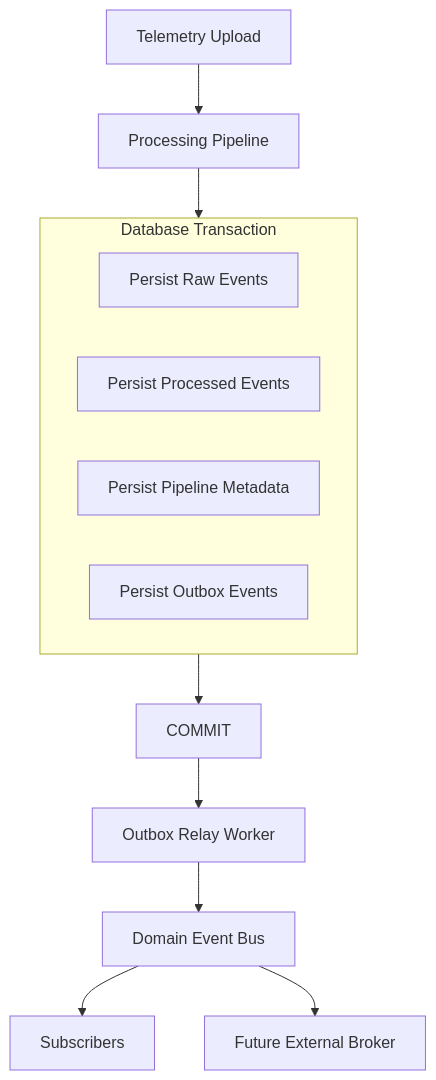
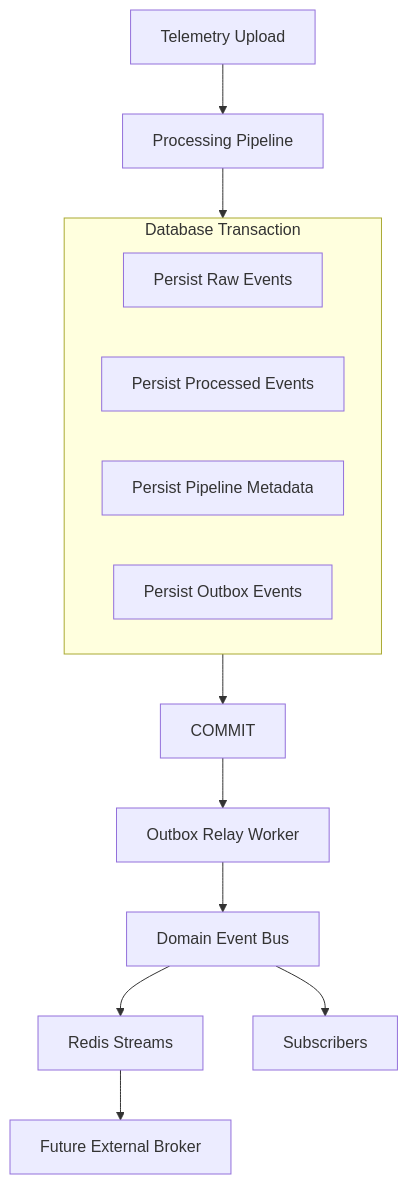
One commit to Absosh/CPInsight changed the first of 3 diagrams in docs/architecture/transactional-outbox.md. Above: the diagram before and after it, drawn with Mermaid. The commit also changed other lines of this file and 24 other files, not shown here.

````diff
--- a/docs/architecture/transactional-outbox.md
+++ b/docs/architecture/transactional-outbox.md
@@ -17,18 +17,19 @@
 ```mermaid
 flowchart TB
   Upload["Telemetry Upload"] --> Pipeline["Processing Pipeline"]
   Pipeline --> Tx["Database Transaction"]
 
   subgraph Tx["Database Transaction"]
     Raw["Persist Raw Events"]
     Processed["Persist Processed Events"]
     Metrics["Persist Pipeline Metadata"]
     Outbox["Persist Outbox Events"]
   end
 
   Tx --> Commit["COMMIT"]
   Commit --> Relay["Outbox Relay Worker"]
   Relay --> Bus["Domain Event Bus"]
+  Bus --> Redis["Redis Streams"]
   Bus --> Subscribers["Subscribers"]
-  Bus --> Broker["Future External Broker"]
+  Redis --> Broker["Future External Broker"]
 ```
````
